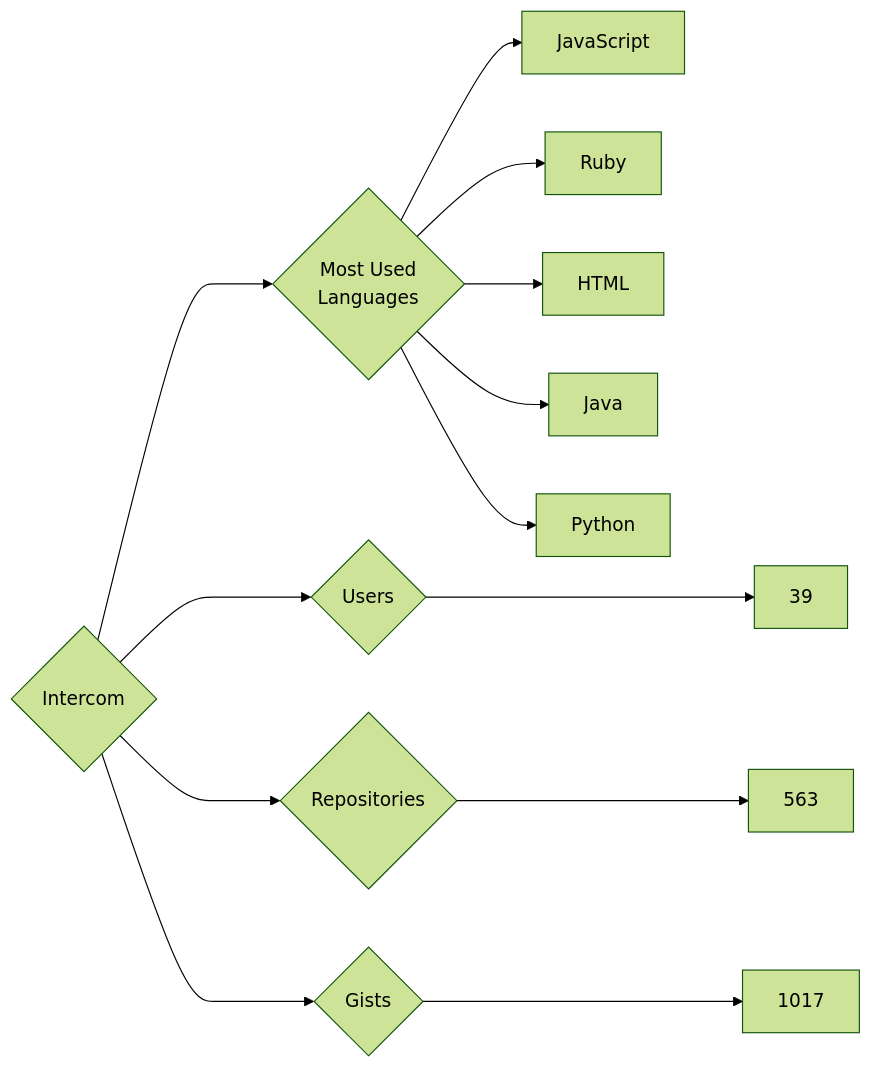
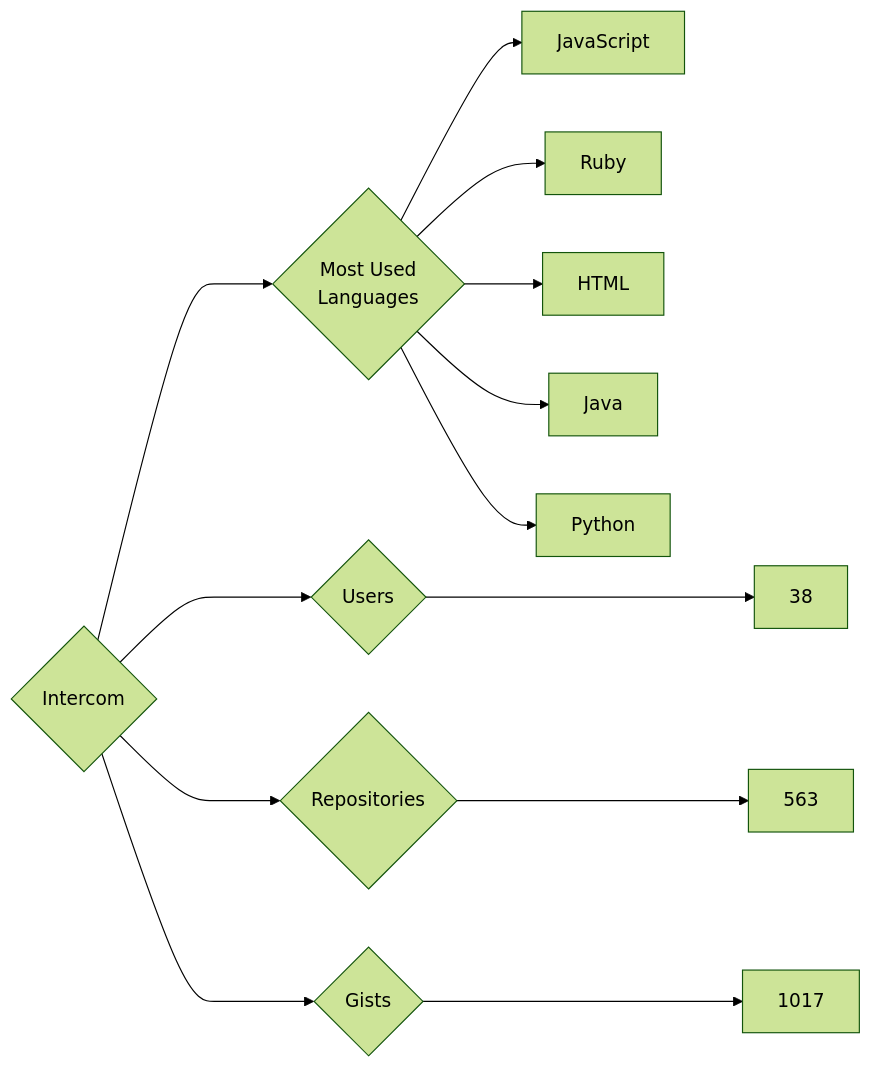
The diagram in targets/Intercom/README.md (trickest/insiders), drawn with Mermaid (forest theme) before and after one commit. The commit also changed 682 other files, not shown here.

````diff
--- a/targets/Intercom/README.md
+++ b/targets/Intercom/README.md
@@ -3,13 +3,13 @@
 ```mermaid
 graph LR
 COMPANY_NAME{Intercom}
-COMPANY_NAME ---> U{Users} ---> UN[39]
+COMPANY_NAME ---> U{Users} ---> UN[38]
 COMPANY_NAME ---> R{Repositories} ---> RN[563]
 COMPANY_NAME ---> G{Gists} ---> GN[1017]
 COMPANY_NAME ---> ML{Most Used<br>Languages}
 ML --> JavaScript[JavaScript]
 ML --> Ruby[Ruby]
 ML --> HTML[HTML]
 ML --> Java[Java]
 ML --> Python[Python]
 ```
````
